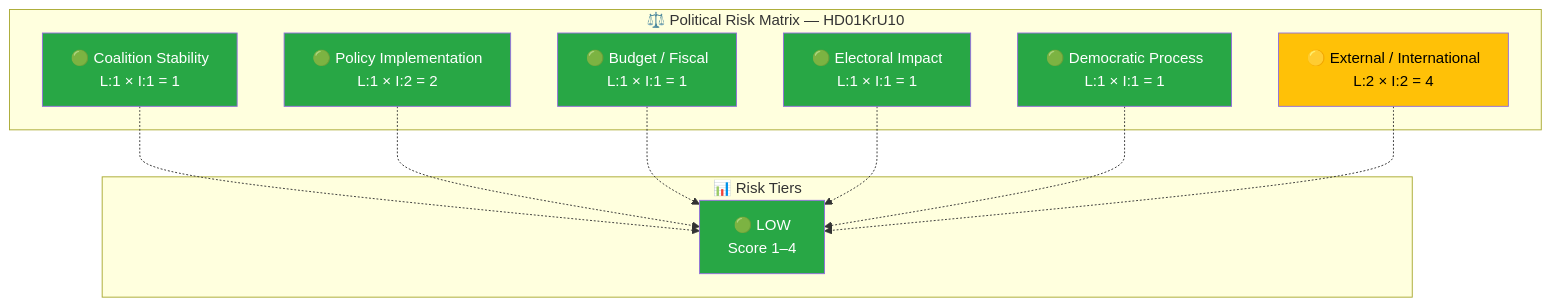
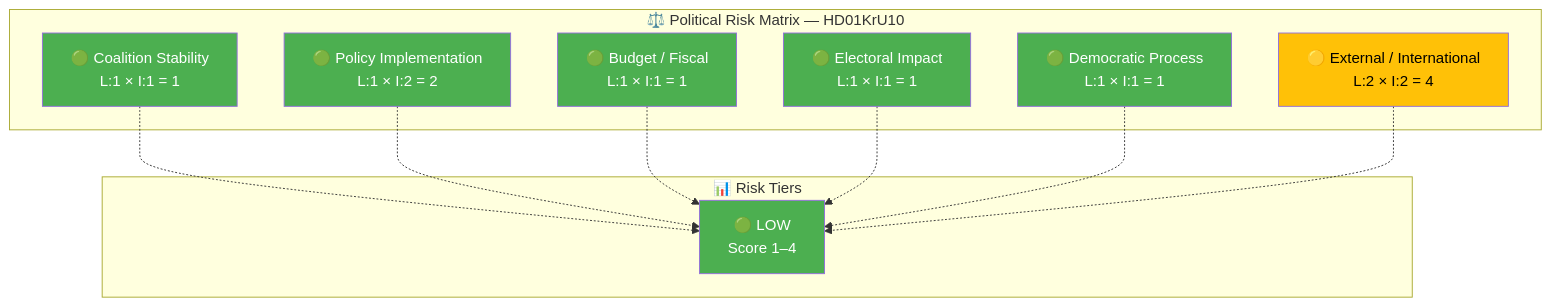
Before and after one commit to Hack23/riksdagsmonitor: the second of 2 diagrams in analysis/daily/2026-03-27/committeeReports/documents/hd01kru10-analysis.md, drawn with Mermaid. The commit also changed other lines of this file and 785 other files, not shown here.

First line of the commit message:
Normalize mermaid colors across 786 analysis artifacts to ISMS Style Guide palette

````diff
--- a/analysis/daily/2026-03-27/committeeReports/documents/hd01kru10-analysis.md
+++ b/analysis/daily/2026-03-27/committeeReports/documents/hd01kru10-analysis.md
@@ -82,30 +82,30 @@
 ```mermaid
 graph TD
     subgraph "⚖️ Political Risk Matrix — HD01KrU10"
         R1["🟢 Coalition Stability<br/>L:1 × I:1 = 1"]
         R2["🟢 Policy Implementation<br/>L:1 × I:2 = 2"]
         R3["🟢 Budget / Fiscal<br/>L:1 × I:1 = 1"]
         R4["🟢 Electoral Impact<br/>L:1 × I:1 = 1"]
         R5["🟢 Democratic Process<br/>L:1 × I:1 = 1"]
         R6["🟡 External / International<br/>L:2 × I:2 = 4"]
     end
 
     subgraph "📊 Risk Tiers"
         T4["🟢 LOW<br/>Score 1–4"]
     end
 
     R1 -.-> T4
     R2 -.-> T4
     R3 -.-> T4
     R4 -.-> T4
     R5 -.-> T4
     R6 -.-> T4
 
-    style R1 fill:#28a745,color:#fff
-    style R2 fill:#28a745,color:#fff
-    style R3 fill:#28a745,color:#fff
-    style R4 fill:#28a745,color:#fff
-    style R5 fill:#28a745,color:#fff
-    style R6 fill:#ffc107,color:#000
-    style T4 fill:#28a745,color:#fff
+    style R1 fill:#4CAF50,color:#FFFFFF
+    style R2 fill:#4CAF50,color:#FFFFFF
+    style R3 fill:#4CAF50,color:#FFFFFF
+    style R4 fill:#4CAF50,color:#FFFFFF
+    style R5 fill:#4CAF50,color:#FFFFFF
+    style R6 fill:#FFC107,color:#000000
+    style T4 fill:#4CAF50,color:#FFFFFF
 ```
````
